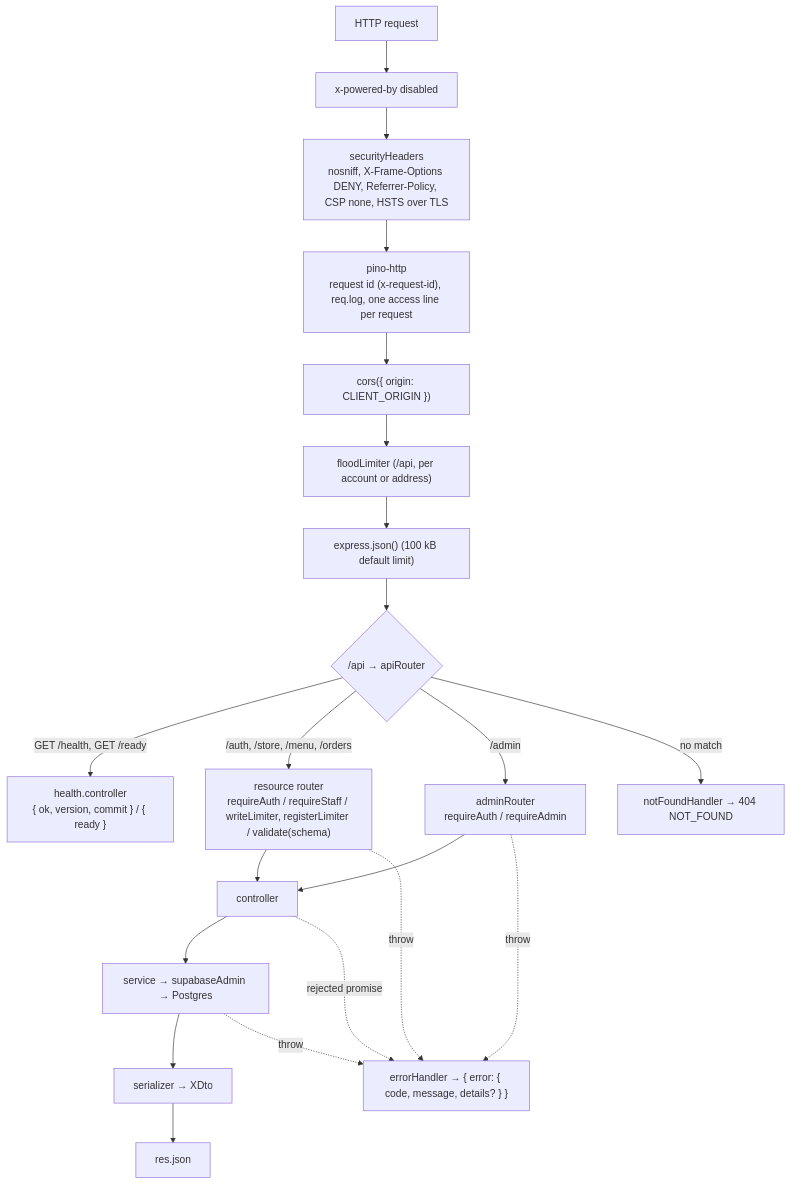
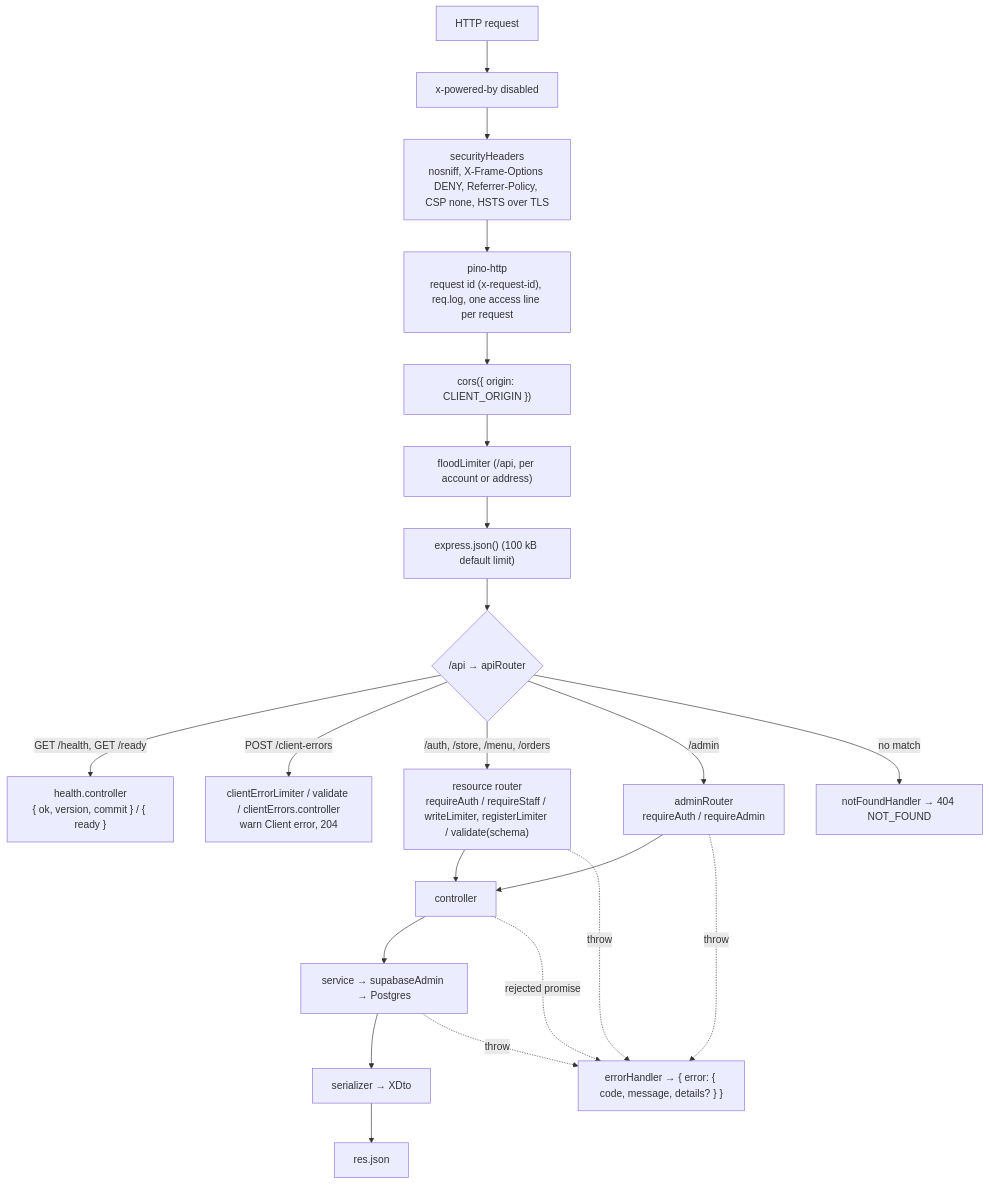
Before and after one commit to The-KhaNha/KhaNha: the diagram in docs/BACKEND_STRUCTURE.md, drawn with Mermaid. The commit also changed other lines of this file and 20 other files, not shown here.

First line of the commit message:
POST /api/client-errors: the browser reports its errors, scrubbed, rate-limited and logged once each

````diff
--- a/docs/BACKEND_STRUCTURE.md
+++ b/docs/BACKEND_STRUCTURE.md
@@ -52,21 +52,22 @@
 ```mermaid
 flowchart TD
   Req["HTTP request"] --> XPB["x-powered-by disabled"]
   XPB --> Sec["securityHeaders<br/>nosniff, X-Frame-Options DENY, Referrer-Policy, CSP none, HSTS over TLS"]
   Sec --> Pino["pino-http<br/>request id (x-request-id), req.log, one access line per request"]
   Pino --> Cors["cors({ origin: CLIENT_ORIGIN })"]
   Cors --> IpL["floodLimiter (/api, per account or address)"]
   IpL --> Json["express.json() (100 kB default limit)"]
   Json --> Api{"/api → apiRouter"}
   Api -->|"GET /health, GET /ready"| Health["health.controller<br/>{ ok, version, commit } / { ready }"]
+  Api -->|"POST /client-errors"| CErr["clientErrorLimiter / validate / clientErrors.controller<br/>warn Client error, 204"]
   Api -->|"/auth, /store, /menu, /orders"| Router["resource router<br/>requireAuth / requireStaff / writeLimiter, registerLimiter / validate(schema)"]
   Api -->|"/admin"| AdminR["adminRouter<br/>requireAuth / requireAdmin"]
   Router --> Ctl["controller"] --> Svc["service → supabaseAdmin → Postgres"]
   AdminR --> Ctl
   Svc --> Ser["serializer → XDto"] --> Res["res.json"]
   Api -->|"no match"| NF["notFoundHandler → 404 NOT_FOUND"]
   Router -. "throw" .-> EH["errorHandler → { error: { code, message, details? } }"]
   AdminR -. "throw" .-> EH
   Ctl -. "rejected promise" .-> EH
   Svc -. "throw" .-> EH
 ```
````
